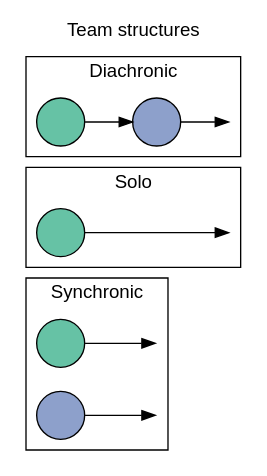
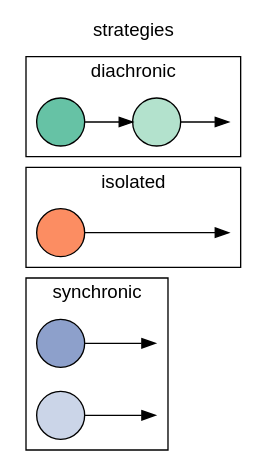
The diagram in evoteams/inst/extdata/team-structures-all.gv (pedmiston/diachronic-teams), drawn with Graphviz before and after one commit. The commit also changed 2 other files, not shown here.

Commit message:
Update fig depicting all conditions

```diff
--- a/evoteams/inst/extdata/team-structures-all.gv
+++ b/evoteams/inst/extdata/team-structures-all.gv
@@ -1,41 +1,44 @@
 digraph {
   rankdir=LR;
-  label="Team structures";
+  label="strategies";
   labelloc=t;
   fontname=helvetica;
   // bgcolor=transparent;
 
   node[fontname=helvetica; label=""; style=filled];
 
   // Set cluster order (top to bottom) by initializing
   // nodes in each cluster starting from bottom to top
   s1, solo, d1;
 
   // Shapes are projects
   d1, d2, solo, s1, s2[shape=circle];
 
   // Colors are people
-  s1, d1, solo[fillcolor="#66C2A5"];
-  s2, d2[fillcolor="#8DA0CB"];
+  d1[fillcolor="#66C2A5"];
+  d2[fillcolor="#b3e2cd"];
+  s1[fillcolor="#8DA0CB"];
+  s2[fillcolor="#cbd5e8"];
+  solo[fillcolor="#FC8D62"];
 
   // Invisible last nodes
   dinv1, soloinv1, sinv1, sinv2[style=invis, width=0];
 
 
   subgraph cluster1 {
-    label="Diachronic";
+    label="diachronic";
     d1 -> d2 -> dinv1;
   }
 
   subgraph cluster2 {
-    label="Solo";
+    label="isolated";
     solo -> soloinv1[minlen=2];
   }
 
   subgraph cluster3 {
-    label="Synchronic";
+    label="synchronic";
     s1 -> sinv1;
     s2 -> sinv2;
   }
 
 }
```
